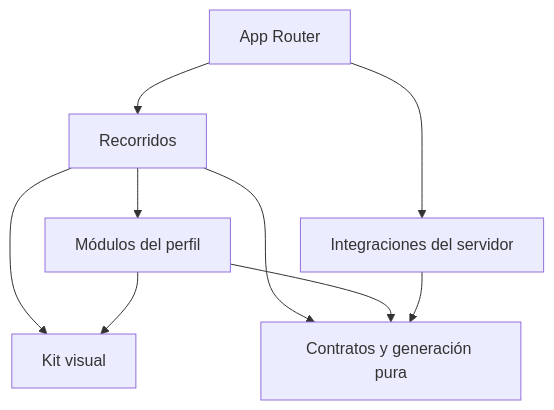
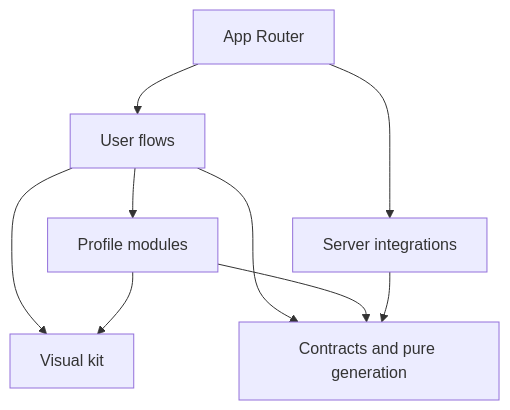
The diagram in docs/architecture.md (juanNH/ReadmeGenerator), drawn with Mermaid before and after one commit. The commit also changed other lines of this file and 40 other files, not shown here.

Commit message:
docs: translate architecture and decisions

````diff
--- a/docs/architecture.md
+++ b/docs/architecture.md
@@ -27,11 +27,11 @@
 ```mermaid
 flowchart TD
-    app[App Router] --> features[Recorridos]
-    features --> modules[Módulos del perfil]
-    features --> ui[Kit visual]
+    app[App Router] --> features[User flows]
+    features --> modules[Profile modules]
+    features --> ui[Visual kit]
     modules --> ui
-    features --> core[Contratos y generación pura]
+    features --> core[Contracts and pure generation]
     modules --> core
-    app --> server[Integraciones del servidor]
+    app --> server[Server integrations]
     server --> core
 ```
````
